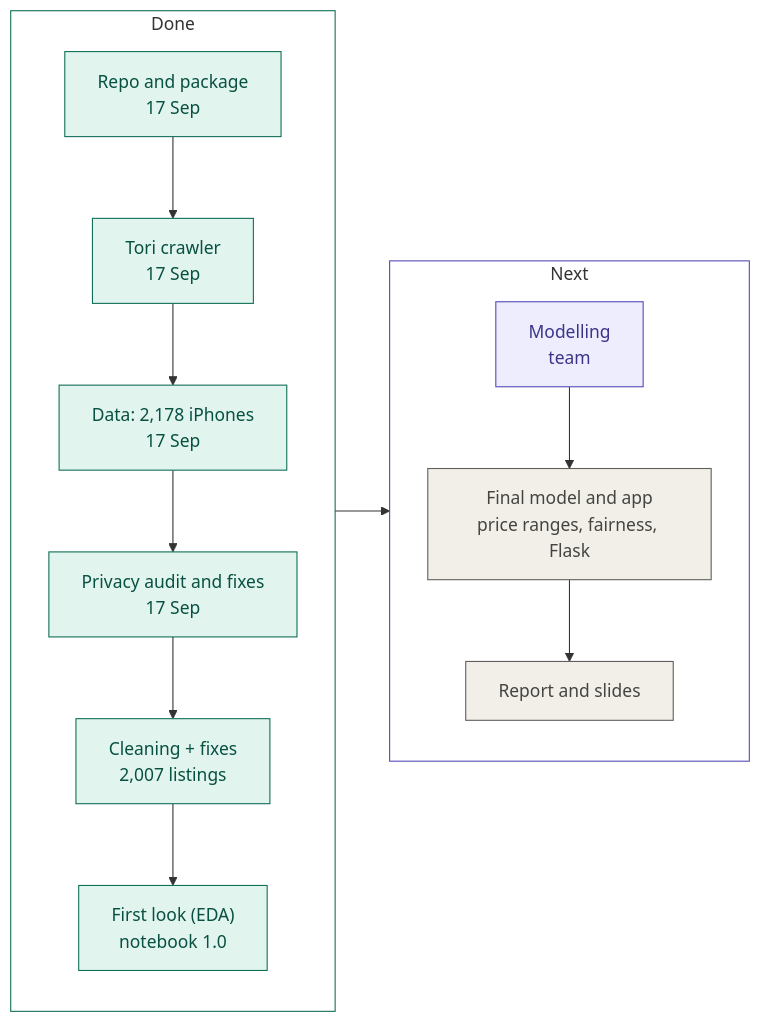
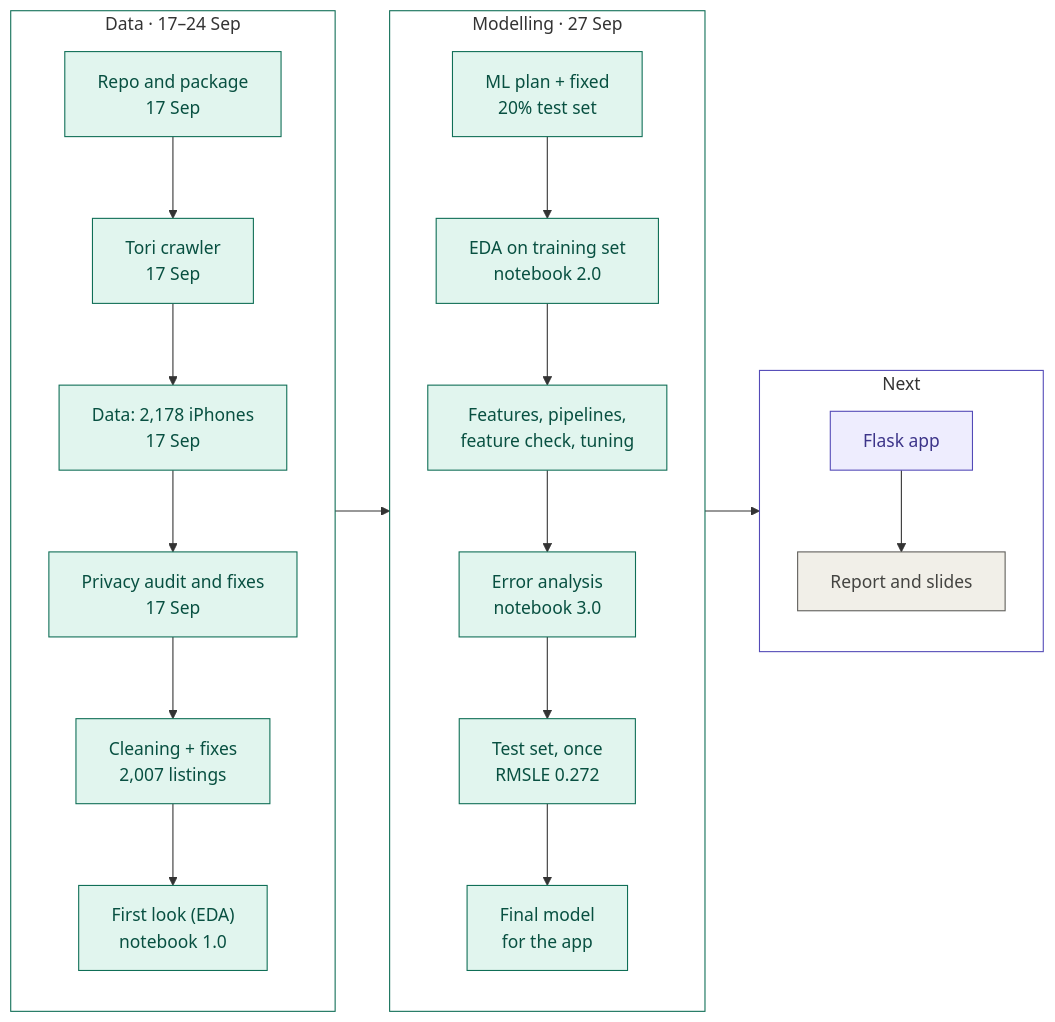
One commit to HashirSalam/priced-right changed the first of 2 diagrams in README.md. Above: the diagram before and after it, drawn with Mermaid. The commit also changed other lines of this file and 2 other files, not shown here.

Commit message:
Document the modelling in the README and project log (#11)

````diff
--- a/README.md
+++ b/README.md
@@ -34,21 +34,26 @@
 ```mermaid
 flowchart LR
-    subgraph done["Done"]
+    subgraph data["Data · 17–24 Sep"]
         direction TB
         a["Repo and package<br/>17 Sep"] --> b["Tori crawler<br/>17 Sep"] --> c["Data: 2,178 iPhones<br/>17 Sep"] --> d["Privacy audit and fixes<br/>17 Sep"] --> e["Cleaning + fixes<br/>2,007 listings"] --> f["First look (EDA)<br/>notebook 1.0"]
     end
+    subgraph ml["Modelling · 27 Sep"]
+        direction TB
+        g["ML plan + fixed<br/>20% test set"] --> h["EDA on training set<br/>notebook 2.0"] --> i["Features, pipelines,<br/>feature check, tuning"] --> j["Error analysis<br/>notebook 3.0"] --> k["Test set, once<br/>RMSLE 0.272"] --> l["Final model<br/>for the app"]
+    end
     subgraph next["Next"]
         direction TB
-        g["Modelling<br/>team"] --> h["Final model and app<br/>price ranges, fairness, Flask"] --> i["Report and slides"]
+        m["Flask app"] --> n["Report and slides"]
     end
-    done --> next
+    data --> ml --> next
 
     classDef done fill:#E1F5EE,stroke:#0F6E56,color:#085041
     classDef now fill:#EEEDFE,stroke:#534AB7,color:#3C3489
     classDef upcoming fill:#F1EFE8,stroke:#5F5E5A,color:#444441
-    class a,b,c,d,e,f done
-    class g now
-    class h,i upcoming
-    style done fill:none,stroke:#0F6E56
+    class a,b,c,d,e,f,g,h,i,j,k,l done
+    class m now
+    class n upcoming
+    style data fill:none,stroke:#0F6E56
+    style ml fill:none,stroke:#0F6E56
     style next fill:none,stroke:#534AB7
 ```
````
